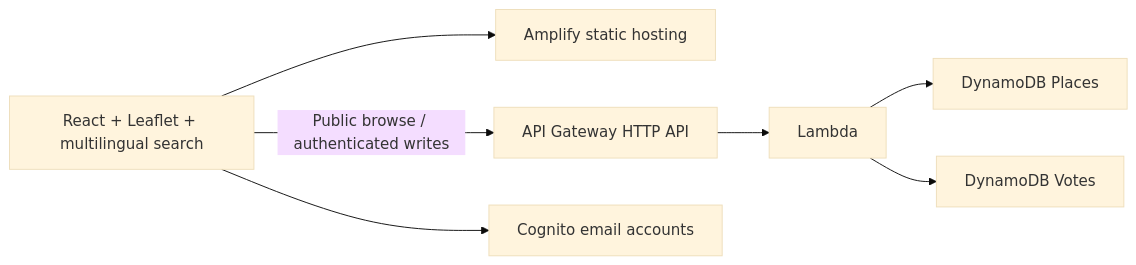
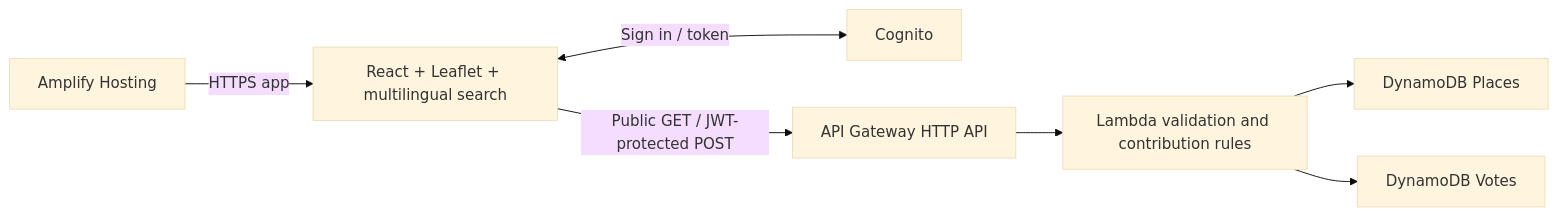
Before and after one commit to sayan365/kahaan: the diagram in README.md, drawn with Mermaid (base theme). The commit also changed other lines of this file and 3 other files, not shown here.

````diff
--- a/README.md
+++ b/README.md
@@ -63,9 +99,9 @@
 ```mermaid
 flowchart LR
-  Browser[React + Leaflet + multilingual search] --> Hosting[Amplify static hosting]
-  Browser -->|Public browse / authenticated writes| API[API Gateway HTTP API]
-  Browser --> Auth[Cognito email accounts]
-  API --> Lambda[Lambda]
+  Hosting[Amplify Hosting] -->|HTTPS app| Browser[React + Leaflet + multilingual search]
+  Browser <-->|Sign in / token| Auth[Cognito]
+  Browser -->|Public GET / JWT-protected POST| API[API Gateway HTTP API]
+  API --> Lambda[Lambda validation and contribution rules]
   Lambda --> Places[DynamoDB Places]
   Lambda --> Votes[DynamoDB Votes]
 ```
````
